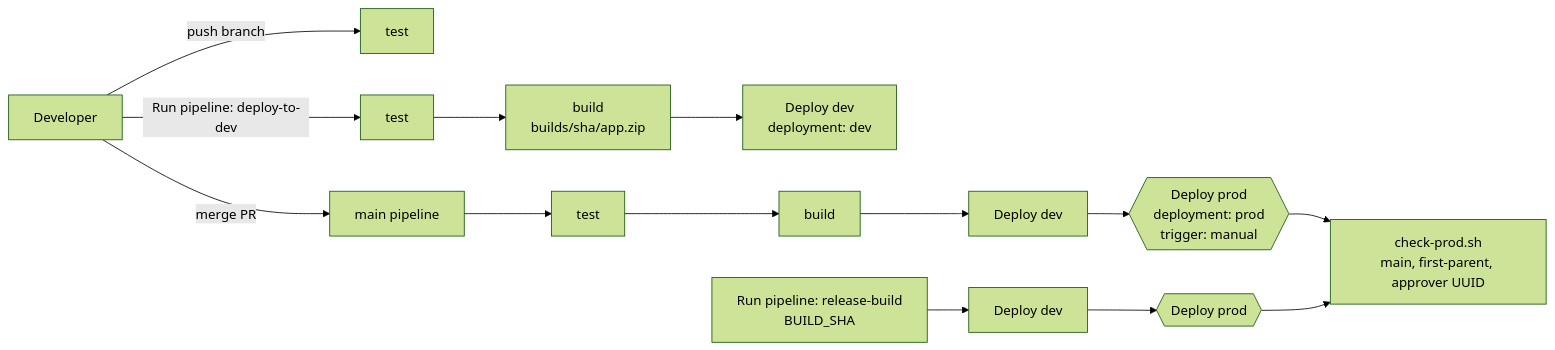
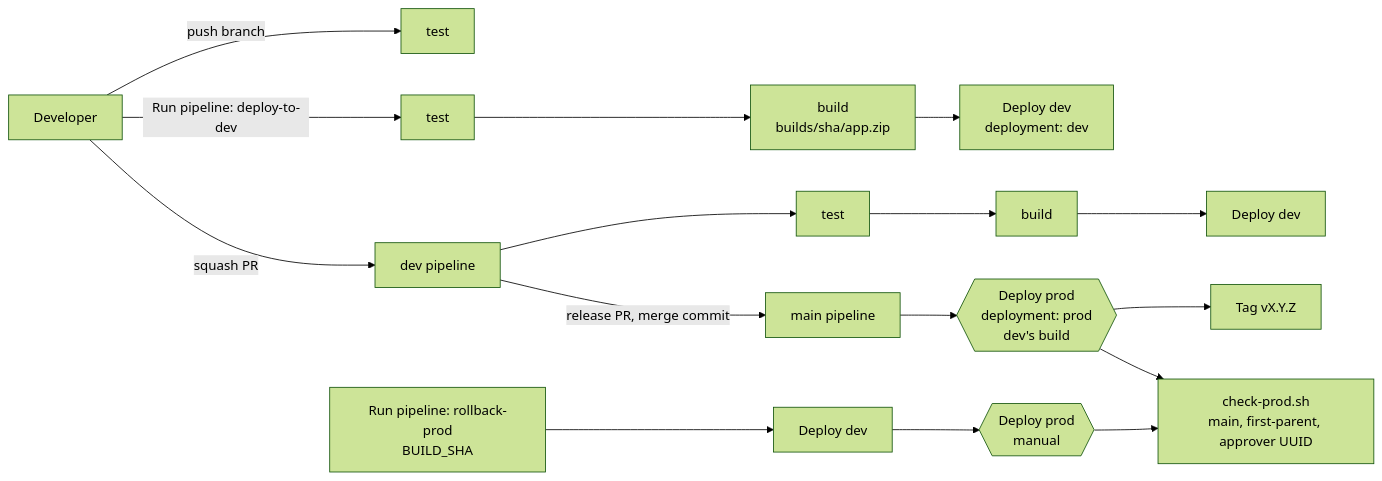
The first of 2 diagrams in docs/vault/Yield work pattern.md (artyfartymarty/aws-cicd-pipeline), drawn with Mermaid (forest theme) before and after one commit. The commit also changed other lines of this file and 30 other files, not shown here.

First line of the commit message:
Add the dev branch and release PR flow with semantic version tags

````diff
--- a/docs/vault/Yield work pattern.md
+++ b/docs/vault/Yield work pattern.md
@@ -19,9 +22,10 @@
 ```mermaid
 flowchart LR
   dev[Developer] -->|push branch| t[test]
   dev -->|Run pipeline: deploy-to-dev| t2[test] --> b[build<br/>builds/sha/app.zip] --> d[Deploy dev<br/>deployment: dev]
-  dev -->|merge PR| m[main pipeline] --> t3[test] --> b2[build] --> d2[Deploy dev] --> p{{Deploy prod<br/>deployment: prod<br/>trigger: manual}}
-  rel[Run pipeline: release-build<br/>BUILD_SHA] --> d3[Deploy dev] --> p2{{Deploy prod}}
+  dev -->|squash PR| dp[dev pipeline] --> t3[test] --> b2[build] --> d2[Deploy dev]
+  dp -->|release PR, merge commit| m[main pipeline] --> p{{Deploy prod<br/>deployment: prod<br/>dev's build}} --> tg[Tag vX.Y.Z]
+  rel[Run pipeline: rollback-prod<br/>BUILD_SHA] --> d3[Deploy dev] --> p2{{Deploy prod<br/>manual}}
   p --> chk[check-prod.sh<br/>main, first-parent, approver UUID]
   p2 --> chk
 ```
````
